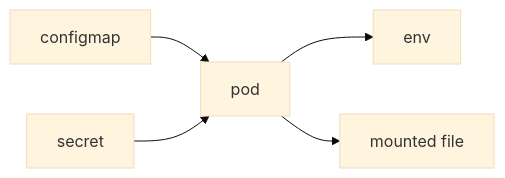
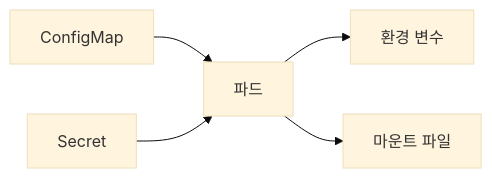
The diagram in content/kubernetes-101/ko/06-configmap-and-secret.md (yeongseon-books/book-content), drawn with Mermaid (base theme) before and after one commit. The commit also changed other lines of this file and 4 other files, not shown here.

````diff
--- a/content/kubernetes-101/ko/06-configmap-and-secret.md
+++ b/content/kubernetes-101/ko/06-configmap-and-secret.md
@@ -33,7 +49,7 @@
 ```mermaid
 flowchart LR
-    CM["configmap"] --> Pod["pod"]
-    Sec["secret"] --> Pod
-    Pod --> Env["env"]
-    Pod --> File["mounted file"]
+    CM["ConfigMap"] --> Pod["파드"]
+    Sec["Secret"] --> Pod
+    Pod --> Env["환경 변수"]
+    Pod --> File["마운트 파일"]
 ```
````
